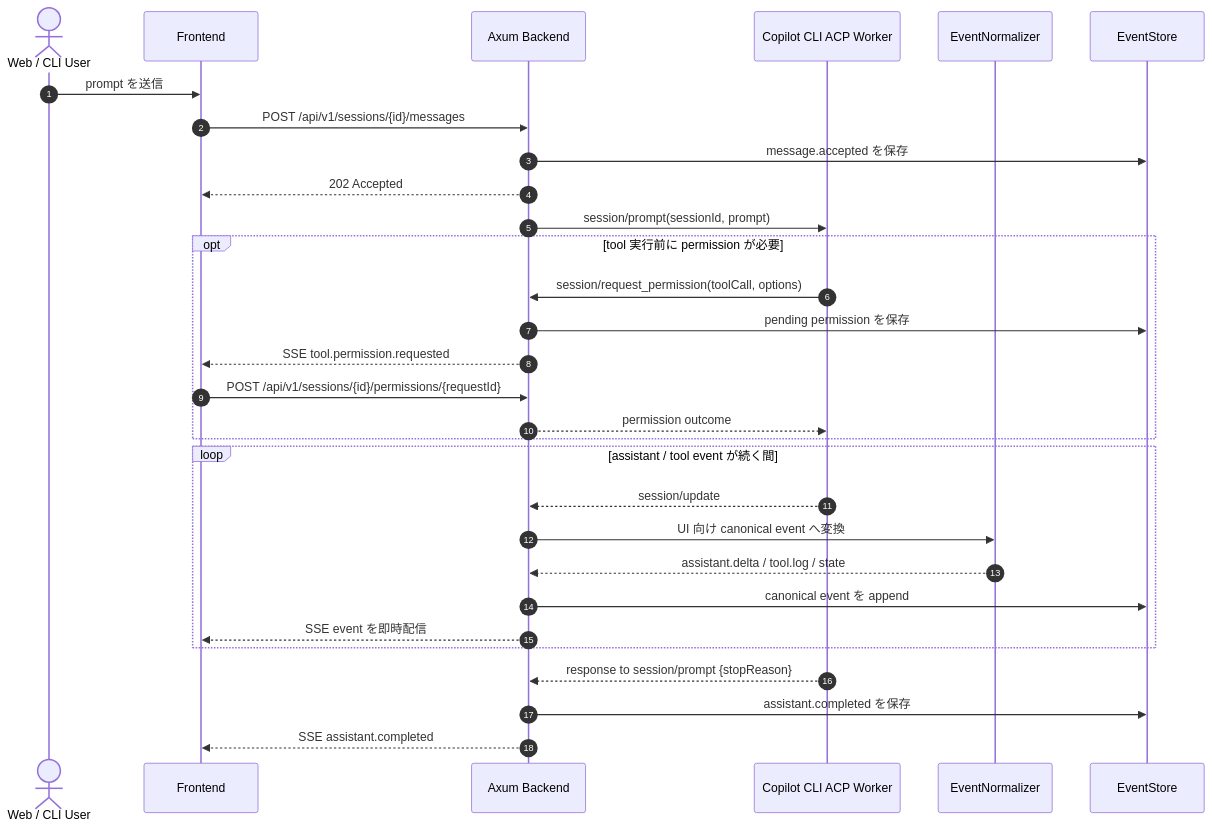
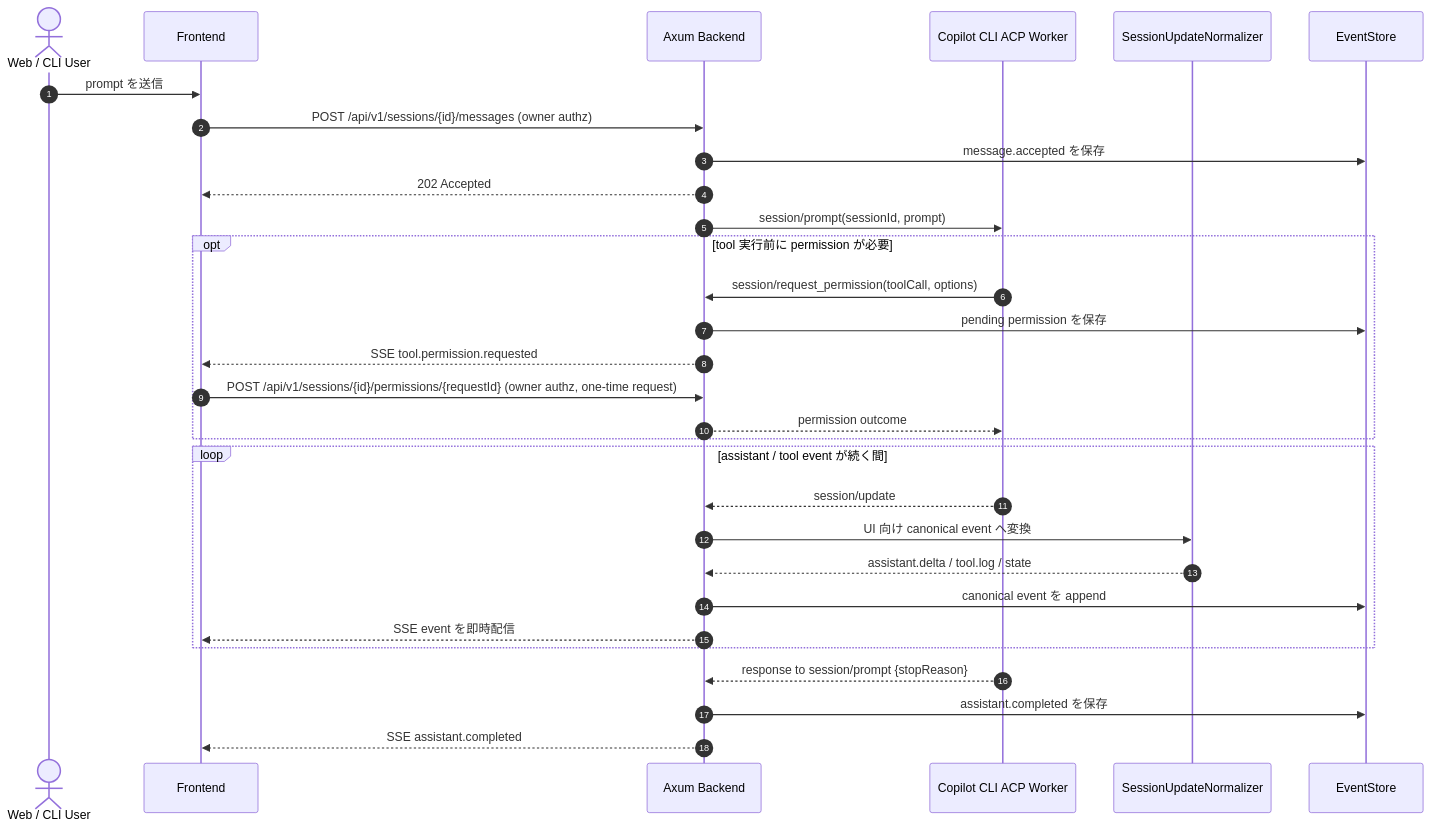
One commit to chalharu/copilot-sandbox-container changed the seventh of 12 diagrams in docs/explanation/acp-web-cli-architecture.md. Above: the diagram before and after it, drawn with Mermaid. The commit also changed other lines of this file, not shown here.

````diff
--- a/docs/explanation/acp-web-cli-architecture.md
+++ b/docs/explanation/acp-web-cli-architecture.md
@@ -393,36 +439,36 @@
 ```mermaid
 sequenceDiagram
     autonumber
     actor User as Web / CLI User
     participant Frontend as Frontend
     participant Backend as Axum Backend
     participant Worker as Copilot CLI ACP Worker
-    participant Normalizer as EventNormalizer
+    participant Normalizer as SessionUpdateNormalizer
     participant EventStore as EventStore
 
     User->>Frontend: prompt を送信
-    Frontend->>Backend: POST /api/v1/sessions/{id}/messages
+    Frontend->>Backend: POST /api/v1/sessions/{id}/messages (owner authz)
     Backend->>EventStore: message.accepted を保存
     Backend-->>Frontend: 202 Accepted
     Backend->>Worker: session/prompt(sessionId, prompt)
 
     opt tool 実行前に permission が必要
         Worker->>Backend: session/request_permission(toolCall, options)
         Backend->>EventStore: pending permission を保存
         Backend-->>Frontend: SSE tool.permission.requested
-        Frontend->>Backend: POST /api/v1/sessions/{id}/permissions/{requestId}
+        Frontend->>Backend: POST /api/v1/sessions/{id}/permissions/{requestId} (owner authz, one-time request)
         Backend-->>Worker: permission outcome
     end
 
     loop assistant / tool event が続く間
         Worker-->>Backend: session/update
         Backend->>Normalizer: UI 向け canonical event へ変換
         Normalizer-->>Backend: assistant.delta / tool.log / state
         Backend->>EventStore: canonical event を append
         Backend-->>Frontend: SSE event を即時配信
     end
 
     Worker-->>Backend: response to session/prompt {stopReason}
     Backend->>EventStore: assistant.completed を保存
     Backend-->>Frontend: SSE assistant.completed
 ```
````
